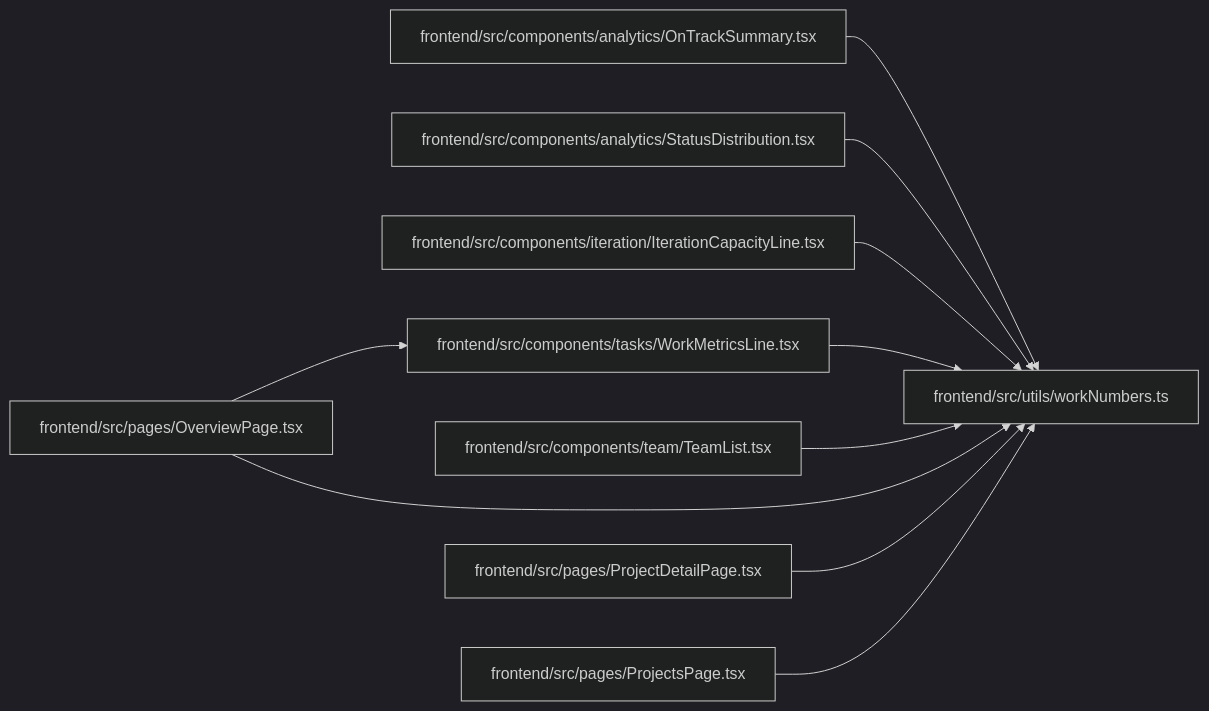
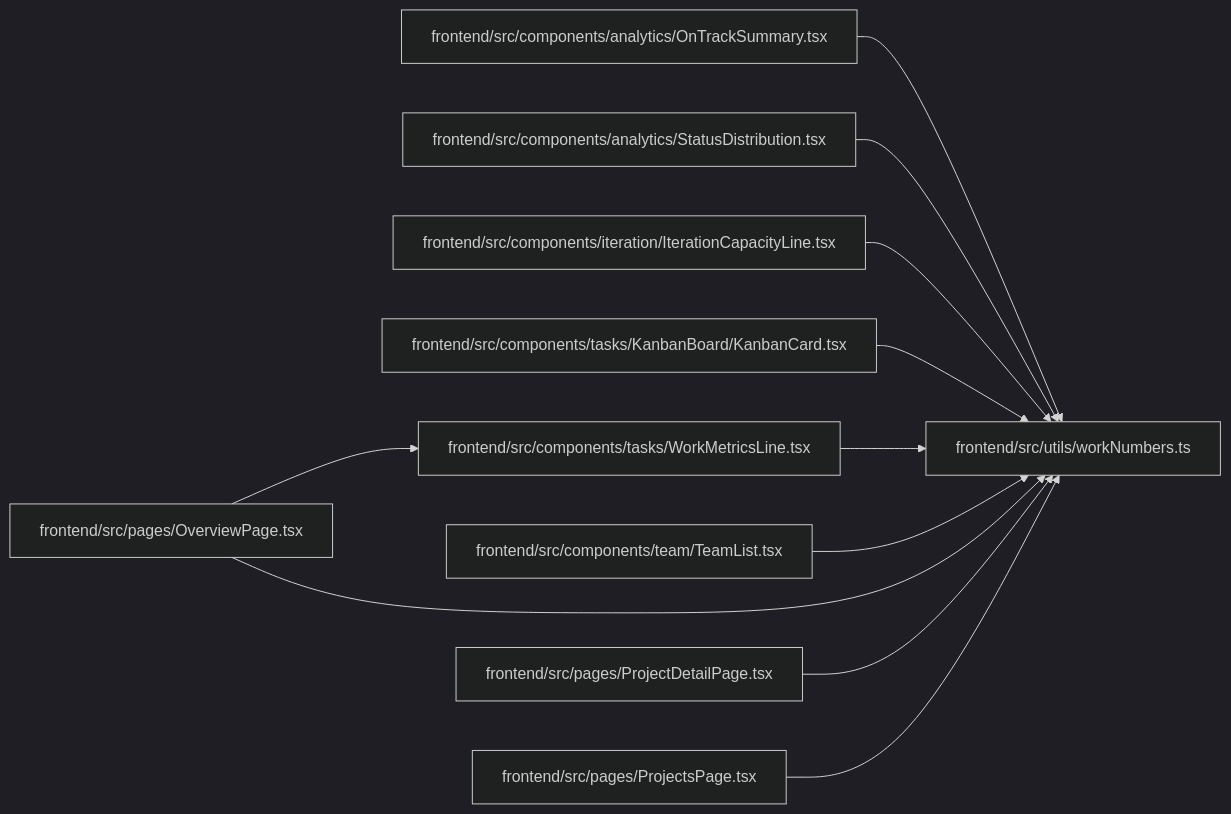
One commit to Denissvgn/WorkChord changed the diagram in docs/llm_wiki/modules/workNumbers.md. Above: the diagram before and after it, drawn with Mermaid (dark theme). The commit also changed other lines of this file and 296 other files, not shown here.

````diff
--- a/docs/llm_wiki/modules/workNumbers.md
+++ b/docs/llm_wiki/modules/workNumbers.md
@@ -22,30 +22,33 @@
 ```mermaid
 flowchart LR
     n0["frontend/src/components/analytics/OnTrackSummary.tsx"]
     n1["frontend/src/components/analytics/StatusDistribution.tsx"]
     n2["frontend/src/components/iteration/IterationCapacityLine.tsx"]
-    n3["frontend/src/components/tasks/WorkMetricsLine.tsx"]
-    n4["frontend/src/components/team/TeamList.tsx"]
-    n5["frontend/src/pages/OverviewPage.tsx"]
-    n6["frontend/src/pages/ProjectDetailPage.tsx"]
-    n7["frontend/src/pages/ProjectsPage.tsx"]
-    n8["frontend/src/utils/workNumbers.ts"]
-    n0 --> n8
-    n1 --> n8
-    n2 --> n8
-    n3 --> n8
-    n4 --> n8
-    n5 --> n3
-    n5 --> n8
-    n6 --> n8
-    n7 --> n8
+    n3["frontend/src/components/tasks/KanbanBoard/KanbanCard.tsx"]
+    n4["frontend/src/components/tasks/WorkMetricsLine.tsx"]
+    n5["frontend/src/components/team/TeamList.tsx"]
+    n6["frontend/src/pages/OverviewPage.tsx"]
+    n7["frontend/src/pages/ProjectDetailPage.tsx"]
+    n8["frontend/src/pages/ProjectsPage.tsx"]
+    n9["frontend/src/utils/workNumbers.ts"]
+    n0 --> n9
+    n1 --> n9
+    n2 --> n9
+    n3 --> n9
+    n4 --> n9
+    n5 --> n9
+    n6 --> n4
+    n6 --> n9
+    n7 --> n9
+    n8 --> n9
     click n0 "../modules/OnTrackSummary.md"
     click n1 "../modules/StatusDistribution.md"
     click n2 "../modules/IterationCapacityLine.md"
-    click n3 "../modules/WorkMetricsLine.md"
-    click n4 "../modules/TeamList.md"
-    click n5 "../modules/OverviewPage.md"
-    click n6 "../modules/ProjectDetailPage.md"
-    click n7 "../modules/ProjectsPage.md"
-    click n8 "../modules/workNumbers.md"
+    click n3 "../modules/KanbanCard.md"
+    click n4 "../modules/WorkMetricsLine.md"
+    click n5 "../modules/TeamList.md"
+    click n6 "../modules/OverviewPage.md"
+    click n7 "../modules/ProjectDetailPage.md"
+    click n8 "../modules/ProjectsPage.md"
+    click n9 "../modules/workNumbers.md"
 ```
````
